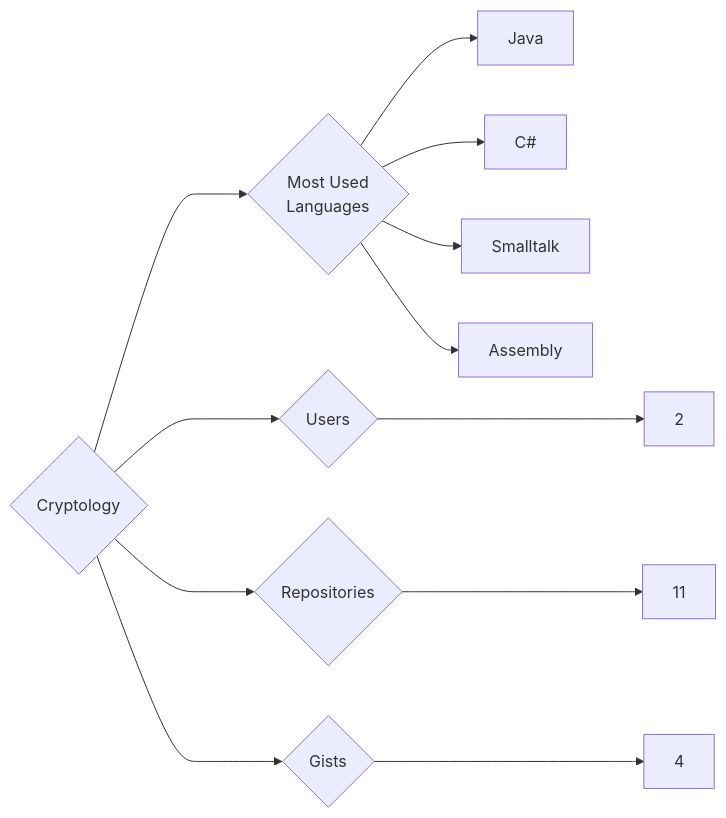
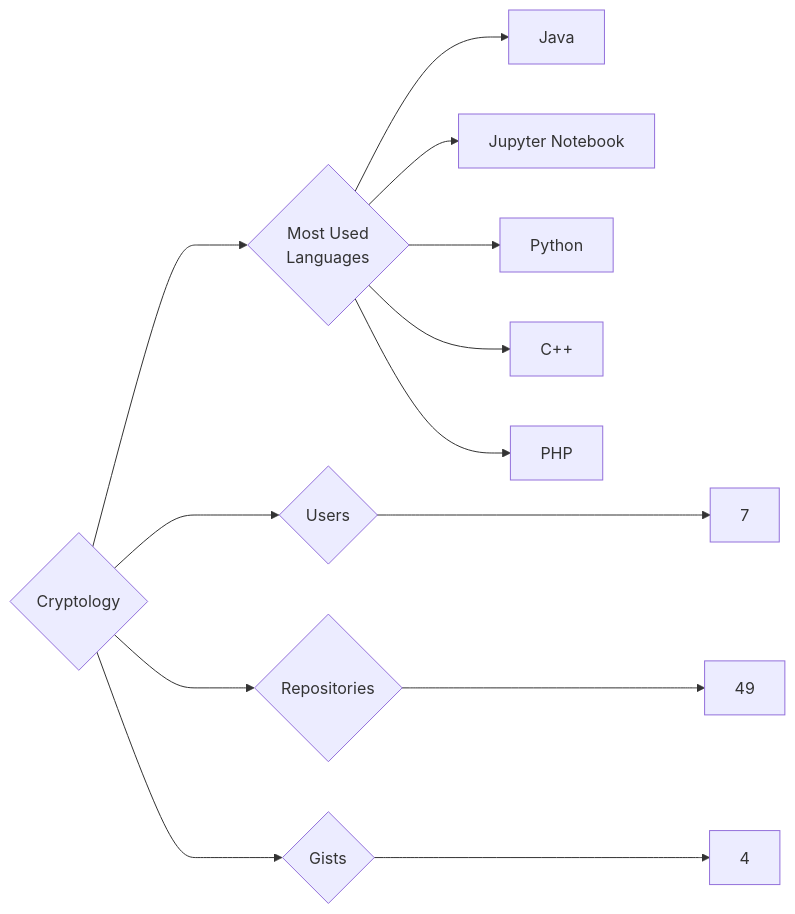
One commit to trickest/insiders changed the diagram in targets/Cryptology/README.md. Above: the diagram before and after it, drawn with Mermaid. The commit also changed 1175 other files, not shown here.

````diff
--- a/targets/Cryptology/README.md
+++ b/targets/Cryptology/README.md
@@ -3,12 +3,13 @@
 ```mermaid
 graph LR
 COMPANY_NAME{Cryptology}
-COMPANY_NAME ---> U{Users} ---> UN[2]
-COMPANY_NAME ---> R{Repositories} ---> RN[11]
+COMPANY_NAME ---> U{Users} ---> UN[7]
+COMPANY_NAME ---> R{Repositories} ---> RN[49]
 COMPANY_NAME ---> G{Gists} ---> GN[4]
 COMPANY_NAME ---> ML{Most Used<br>Languages}
 ML --> Java[Java]
-ML --> C#[C#]
-ML --> Smalltalk[Smalltalk]
-ML --> Assembly[Assembly]
+ML --> Jupyter_Notebook[Jupyter Notebook]
+ML --> Python[Python]
+ML --> C++[C++]
+ML --> PHP[PHP]
 ```
````
